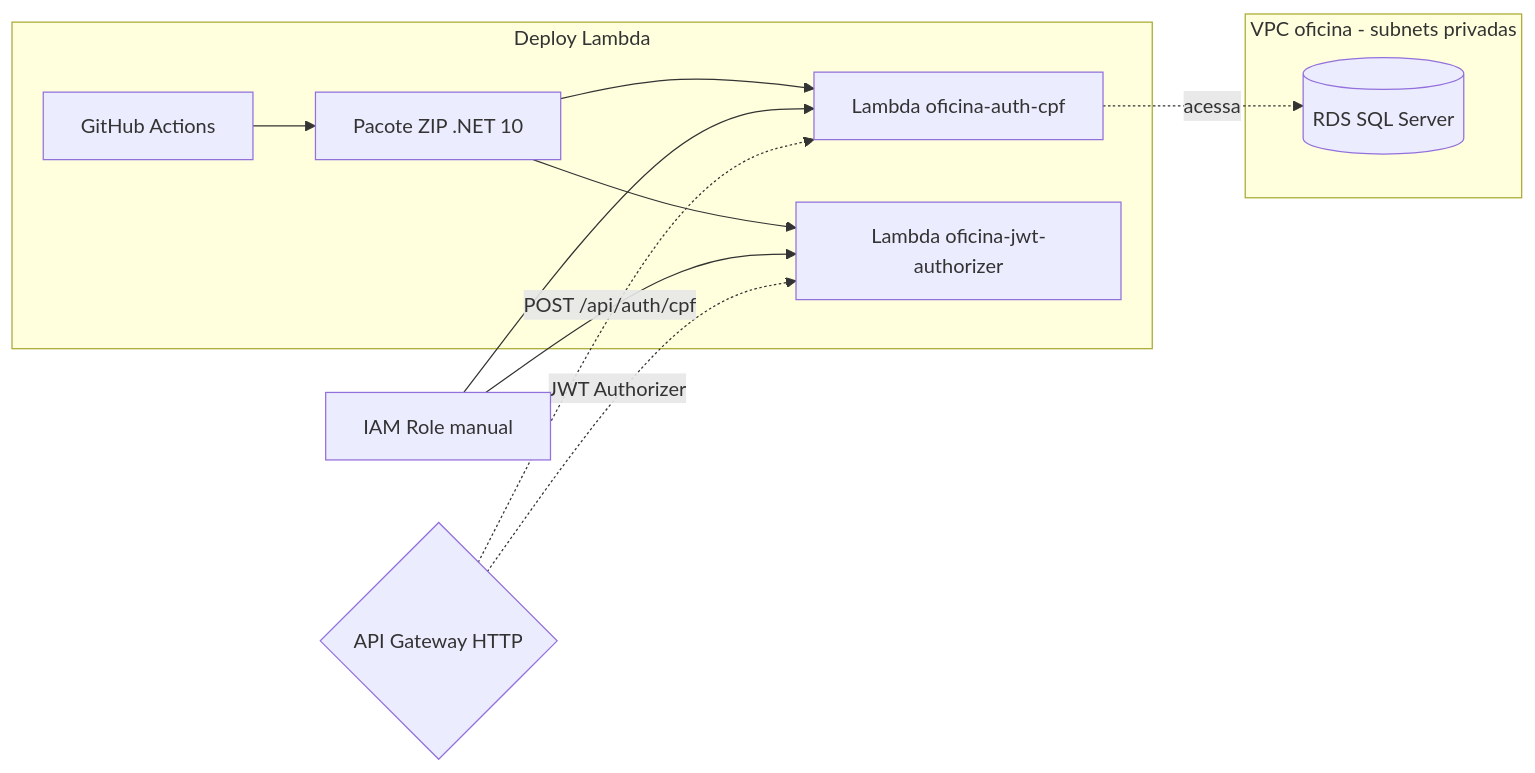
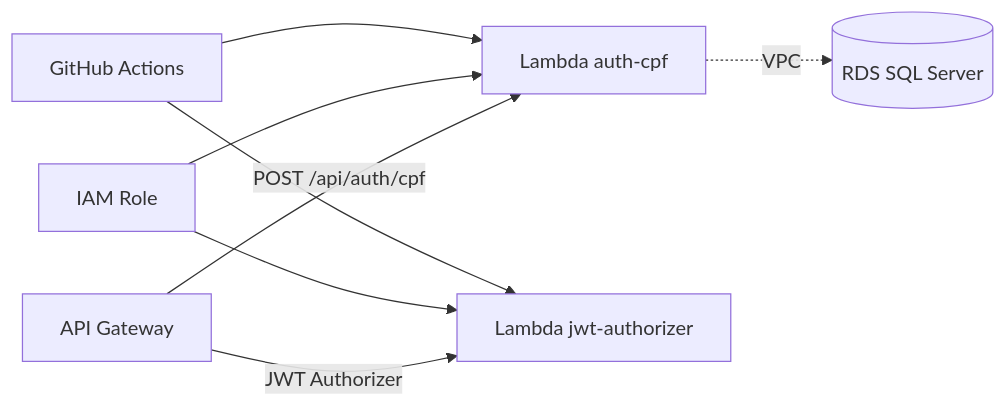
The second of 2 diagrams in README.md (fabianorodrigues/oficina-auth-lambda), drawn with Mermaid before and after one commit. The commit also changed other lines of this file, not shown here.

````diff
--- a/README.md
+++ b/README.md
@@ -56,15 +53,10 @@
 ```mermaid
 graph LR
-  subgraph DEPLOY[Deploy Lambda]
-    GH[GitHub Actions] --> ZIP[Pacote ZIP .NET 10]
-    ZIP --> AC[Lambda oficina-auth-cpf]
-    ZIP --> AZ[Lambda oficina-jwt-authorizer]
-  end
-  Role[IAM Role manual] --> AC
-  Role --> AZ
-  subgraph VPC[VPC oficina - subnets privadas]
-    AC -.acessa.-> RDS[(RDS SQL Server)]
-  end
-  APIGW{API Gateway HTTP} -. POST /api/auth/cpf .-> AC
-  APIGW -. JWT Authorizer .-> AZ
+  GH[GitHub Actions] --> AUTH[Lambda auth-cpf]
+  GH --> AUTHZ[Lambda jwt-authorizer]
+  IAM[IAM Role] --> AUTH
+  IAM --> AUTHZ
+  AUTH -.VPC.-> RDS[(RDS SQL Server)]
+  APIGW[API Gateway] -->|POST /api/auth/cpf| AUTH
+  APIGW -->|JWT Authorizer| AUTHZ
 ```
````
